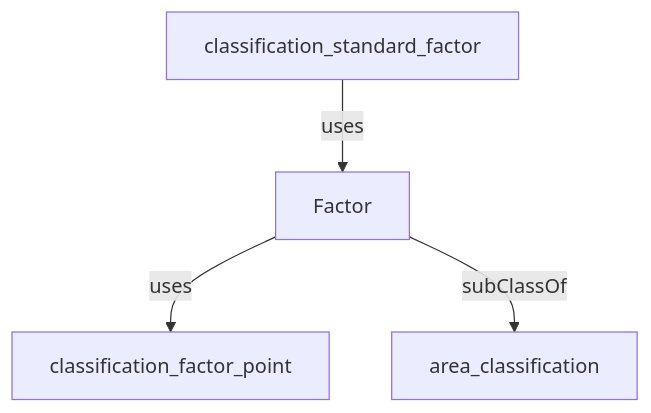
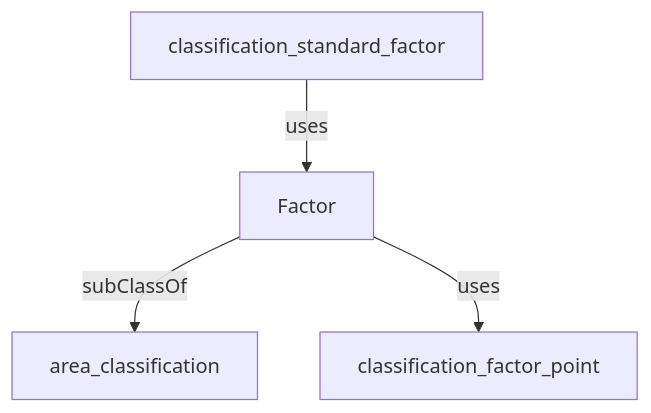
One commit to heidingaway/heidi2 changed the diagram in content/hr_data_model/factor.md. Above: the diagram before and after it, drawn with Mermaid. The commit also changed other lines of this file and 350 other files, not shown here.

````diff
--- a/content/hr_data_model/factor.md
+++ b/content/hr_data_model/factor.md
@@ -20,10 +21,10 @@
 ```mermaid
 graph TD
   Factor["Factor"]:::current-page-node
   area_classification["area_classification"]
   classification_factor_point["classification_factor_point"]
   classification_standard_factor["classification_standard_factor"]
+  Factor-->|" subClassOf "|area_classification
+  classification_standard_factor-->|" uses "|Factor
   Factor-->|" uses "|classification_factor_point
-  classification_standard_factor-->|" uses "|Factor
-  Factor-->|" subClassOf "|area_classification
 ```
````
